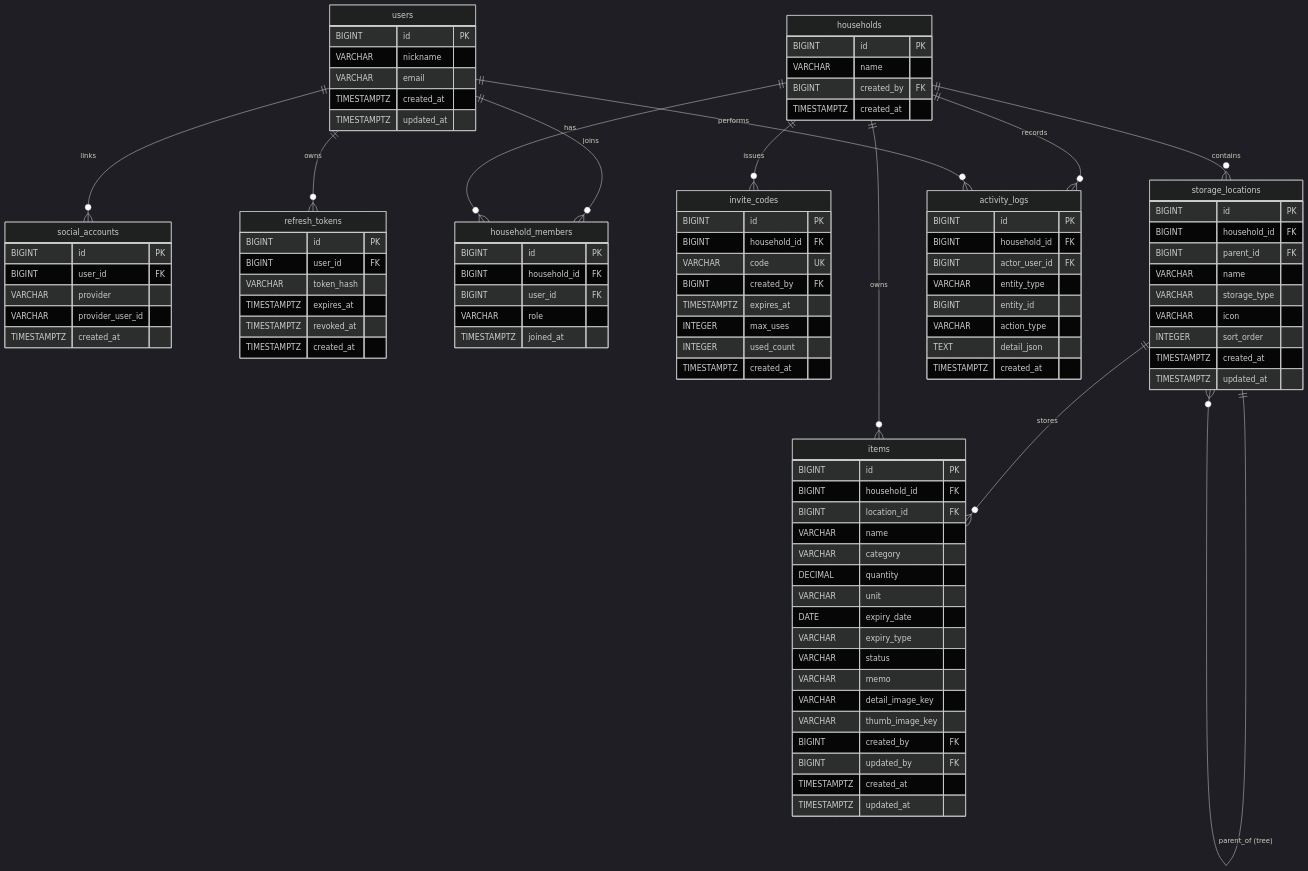
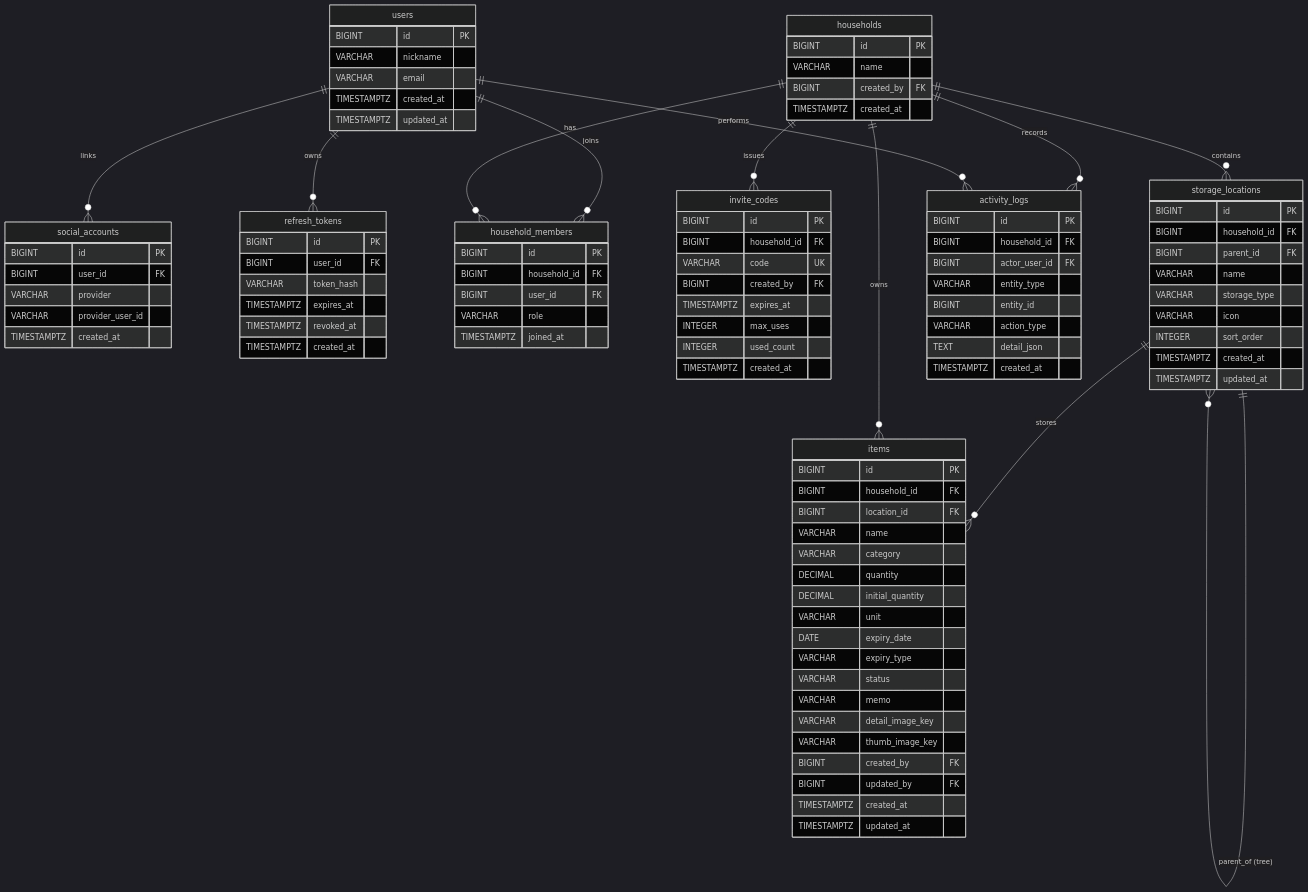
The diagram in docs/02-architecture/03-database-erd.md (mjcode1588/refrigerator_manger), drawn with Mermaid (dark theme) before and after one commit. The commit also changed 37 other files, not shown here.

```diff
--- a/docs/02-architecture/03-database-erd.md
+++ b/docs/02-architecture/03-database-erd.md
@@ -102,6 +102,7 @@
         VARCHAR name
         VARCHAR category
         DECIMAL quantity
+        DECIMAL initial_quantity
         VARCHAR unit
         DATE expiry_date
         VARCHAR expiry_type
```
